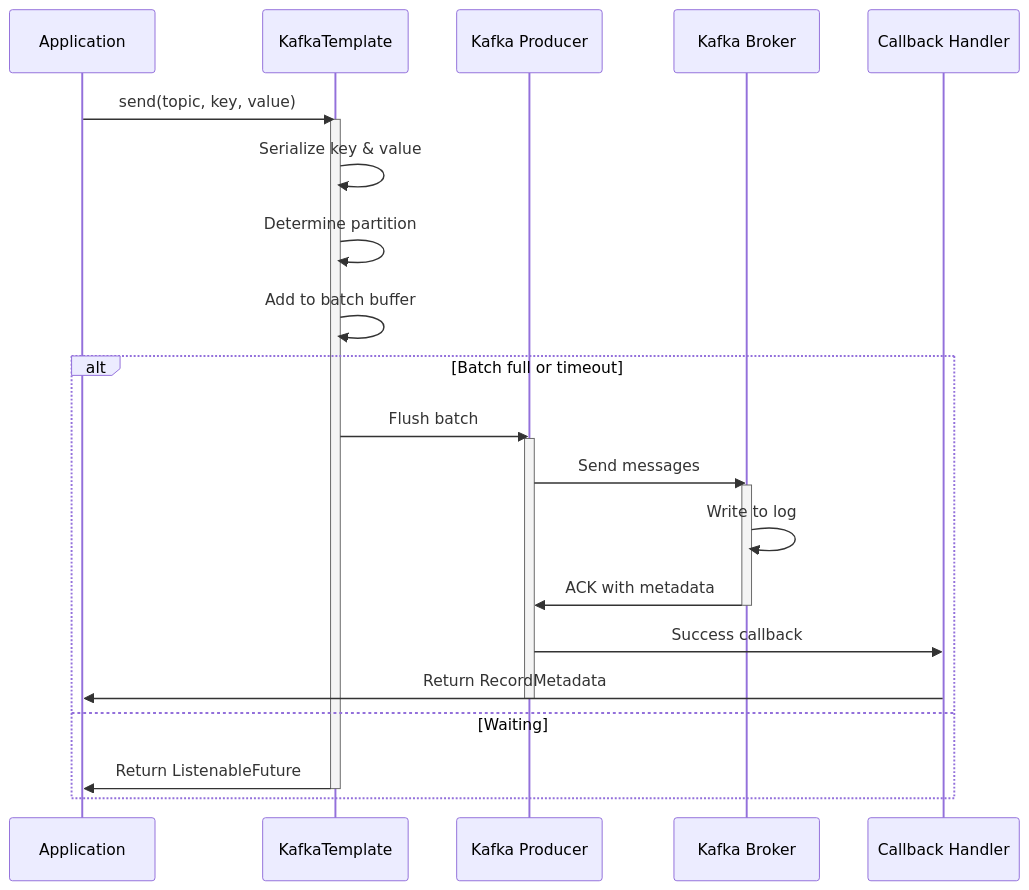
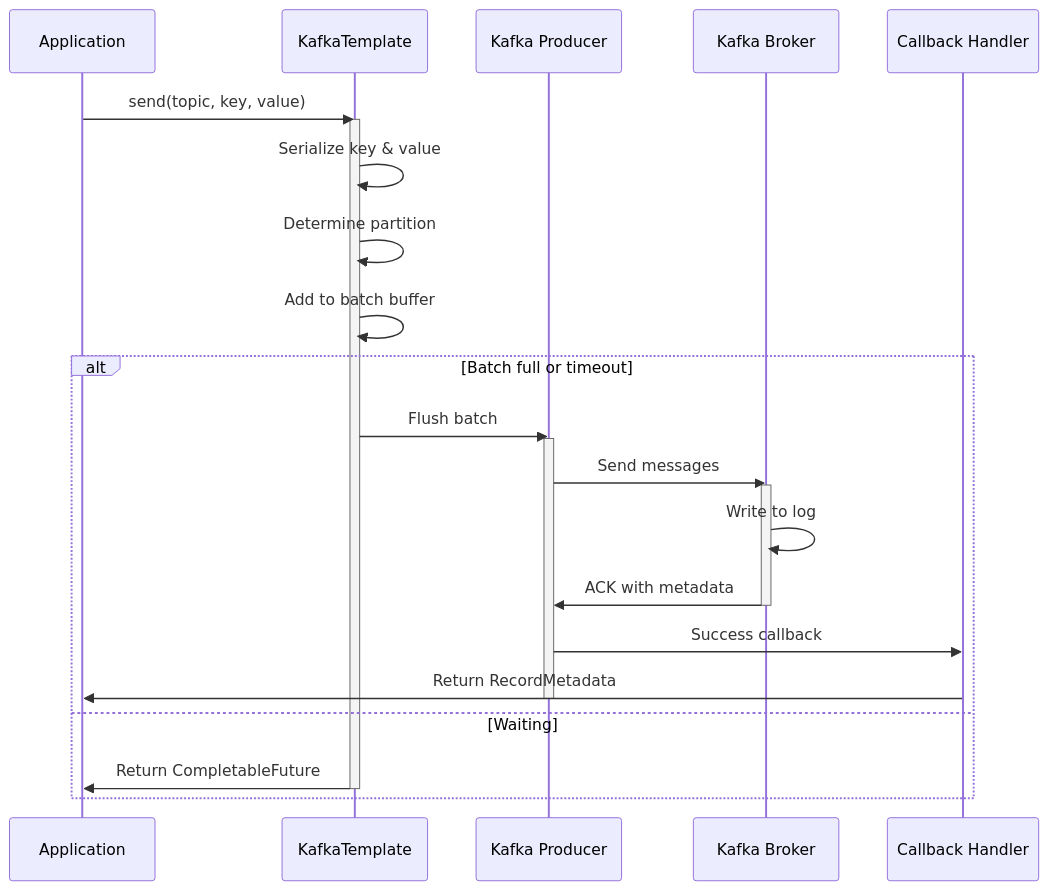
One commit to dilipsundarraj1/kafka-for-developers-using-spring-boot-v2 changed the fifth of 17 diagrams in library-events-producer-v2/docs/4_KAFKA_TEMPLATE_GUIDE.md. Above: the diagram before and after it, drawn with Mermaid. The commit also changed other lines of this file, not shown here.

Commit message:
feat: update KafkaTemplate documentation to reflect CompletableFuture usage

````diff
--- a/library-events-producer-v2/docs/4_KAFKA_TEMPLATE_GUIDE.md
+++ b/library-events-producer-v2/docs/4_KAFKA_TEMPLATE_GUIDE.md
@@ -1474,30 +1474,30 @@
 ```mermaid
 sequenceDiagram
     participant App as Application
     participant KT as KafkaTemplate
     participant Prod as Kafka Producer
     participant Broker as Kafka Broker
     participant Callback as Callback Handler
 
     App->>KT: send(topic, key, value)
     activate KT
     KT->>KT: Serialize key & value
     KT->>KT: Determine partition
     KT->>KT: Add to batch buffer
     
     alt Batch full or timeout
         KT->>Prod: Flush batch
         activate Prod
         Prod->>Broker: Send messages
         activate Broker
         Broker->>Broker: Write to log
         Broker->>Prod: ACK with metadata
         deactivate Broker
         Prod->>Callback: Success callback
         Callback->>App: Return RecordMetadata
         deactivate Prod
     else Waiting
-        KT->>App: Return ListenableFuture
+        KT->>App: Return CompletableFuture
         deactivate KT
     end
 ```
````
